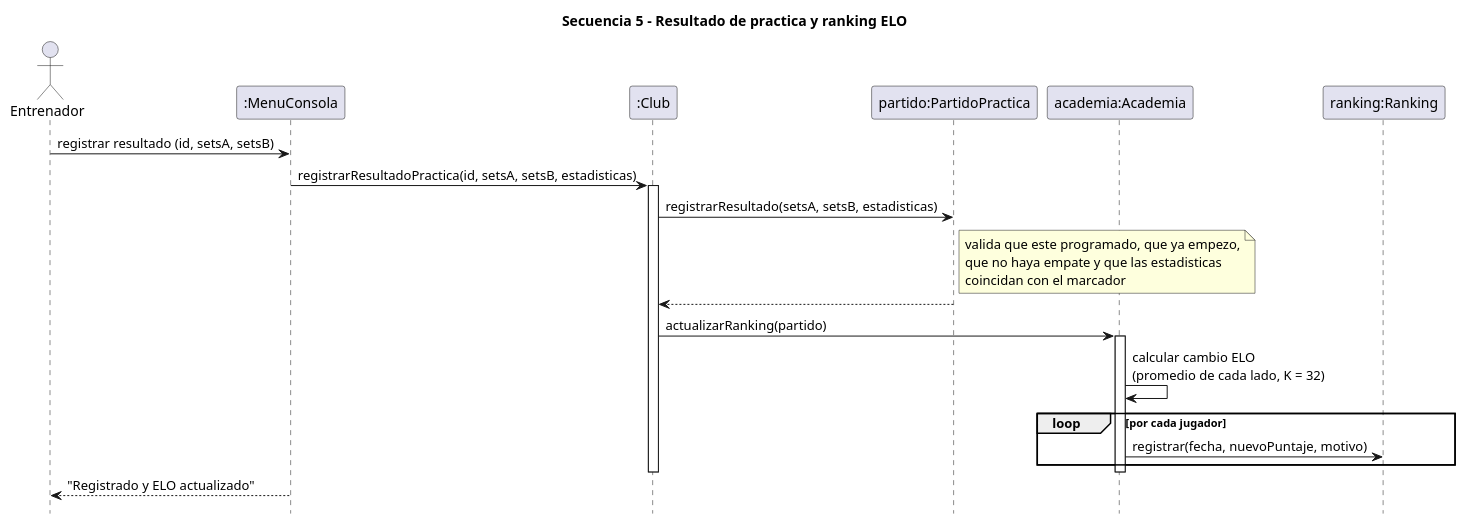
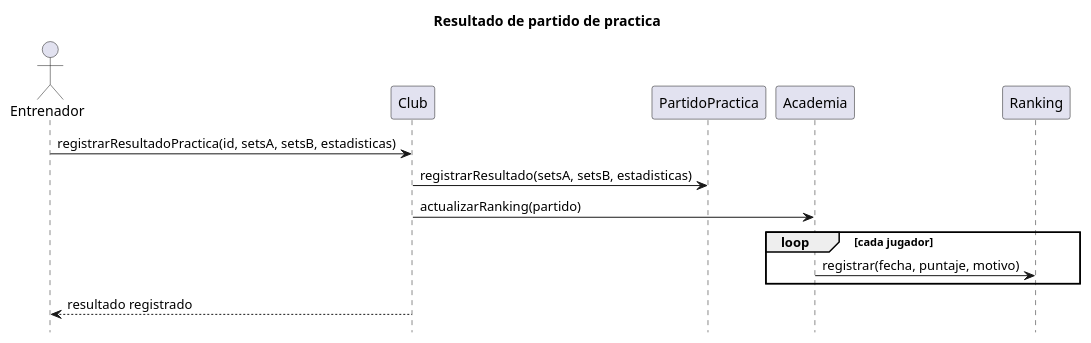
One commit to alejandrod-24/G03-ClubDeportivo changed the diagram in Proyecto 1/Entrega 2/ClubDeportivoseneca/diagramas/secuencia/CDS_SEC_5_resultado_practica_y_ranking.puml. Above: the diagram before and after it, drawn with PlantUML. The commit also changed 11 other files, not shown here.

Commit message:
diagramas secuencia

```diff
--- a/Proyecto 1/Entrega 2/ClubDeportivoseneca/diagramas/secuencia/CDS_SEC_5_resultado_practica_y_ranking.puml
+++ b/Proyecto 1/Entrega 2/ClubDeportivoseneca/diagramas/secuencia/CDS_SEC_5_resultado_practica_y_ranking.puml
@@ -1,29 +1,18 @@
 @startuml
-' Club Deportivo Séneca - Secuencia 5: resultado de partido de practica y ranking ELO (RF-ENT-10)
-title Secuencia 5 - Resultado de practica y ranking ELO
+title Resultado de partido de practica
 hide footbox
-skinparam shadowing false
 
-actor Entrenador as U
-participant ":MenuConsola" as M
-participant ":Club" as C
-participant "partido:PartidoPractica" as P
-participant "academia:Academia" as A
-participant "ranking:Ranking" as R
+actor Entrenador
+participant Club
+participant PartidoPractica
+participant Academia
+participant Ranking
 
-U -> M : registrar resultado (id, setsA, setsB)
-M -> C : registrarResultadoPractica(id, setsA, setsB, estadisticas)
-activate C
-C -> P : registrarResultado(setsA, setsB, estadisticas)
-note right of P : valida que este programado, que ya empezo,\nque no haya empate y que las estadisticas\ncoincidan con el marcador
-P --> C
-C -> A : actualizarRanking(partido)
-activate A
-A -> A : calcular cambio ELO\n(promedio de cada lado, K = 32)
-loop por cada jugador
-  A -> R : registrar(fecha, nuevoPuntaje, motivo)
+Entrenador -> Club : registrarResultadoPractica(id, setsA, setsB, estadisticas)
+Club -> PartidoPractica : registrarResultado(setsA, setsB, estadisticas)
+Club -> Academia : actualizarRanking(partido)
+loop cada jugador
+  Academia -> Ranking : registrar(fecha, puntaje, motivo)
 end
-deactivate A
-deactivate C
-M --> U : "Registrado y ELO actualizado"
+Club --> Entrenador : resultado registrado
 @enduml
```
